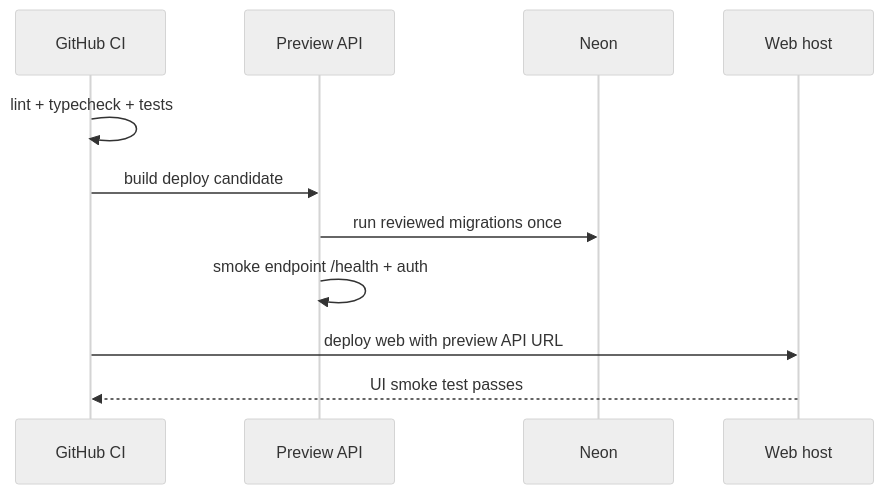
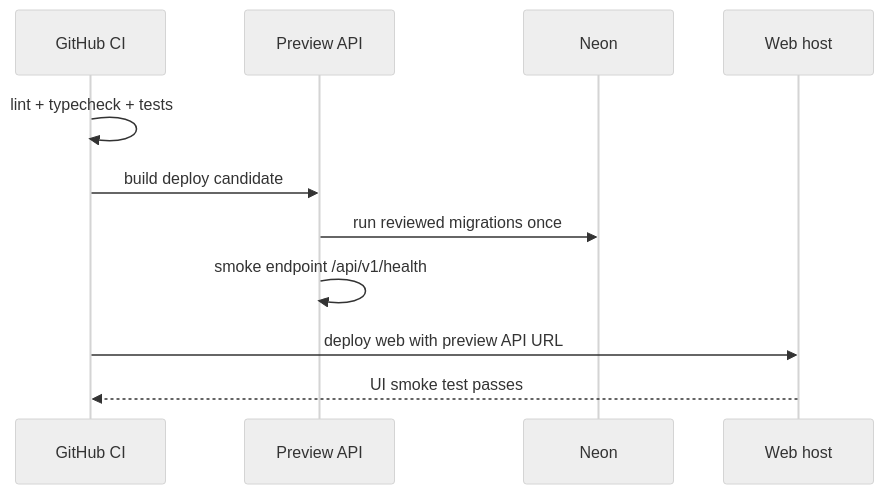
Before and after one commit to morrispes5/sei-job-tracker: the diagram in docs/DEPLOYMENT_RUNBOOK.md, drawn with Mermaid (neutral theme). The commit also changed other lines of this file and 26 other files, not shown here.

````diff
--- a/docs/DEPLOYMENT_RUNBOOK.md
+++ b/docs/DEPLOYMENT_RUNBOOK.md
@@ -44,13 +68,13 @@
 ```mermaid
 sequenceDiagram
   participant G as GitHub CI
   participant P as Preview API
   participant N as Neon
   participant W as Web host
   G->>G: lint + typecheck + tests
   G->>P: build deploy candidate
   P->>N: run reviewed migrations once
-  P->>P: smoke endpoint /health + auth
+  P->>P: smoke endpoint /api/v1/health
   G->>W: deploy web with preview API URL
   W-->>G: UI smoke test passes
 ```
````
